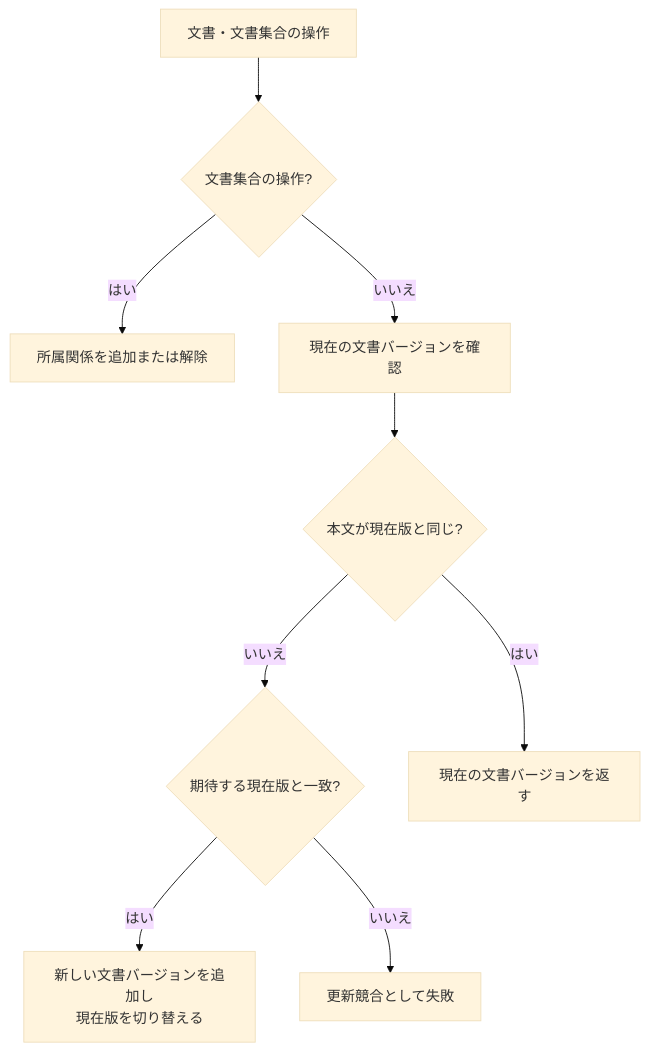
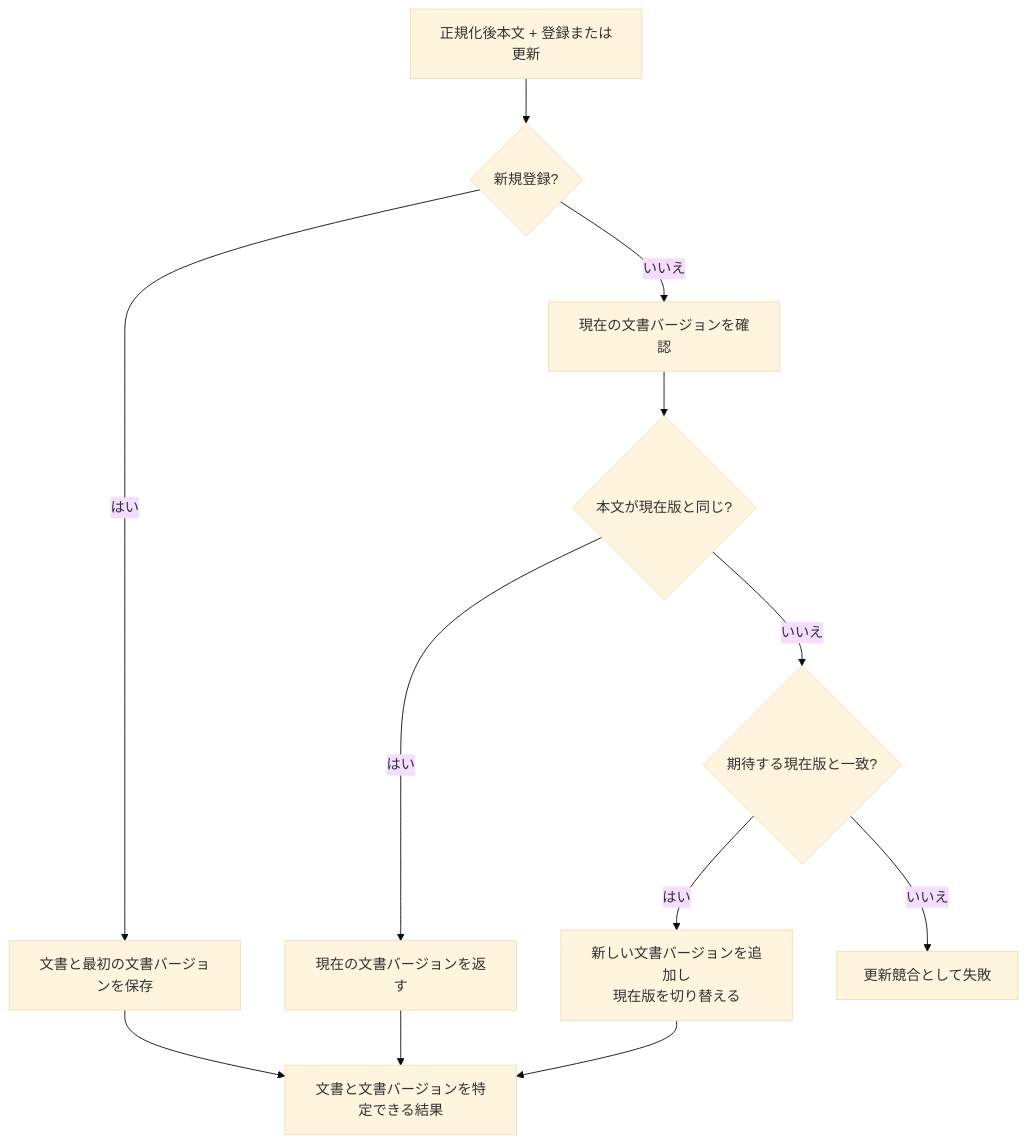
Before and after one commit to takashit16833/RAGScope: the diagram in project-docs/design/domains/documents/文書・文書バージョン管理設計.md, drawn with Mermaid (base theme). The commit also changed other lines of this file and 10 other files, not shown here.

````diff
--- a/project-docs/design/domains/documents/文書・文書バージョン管理設計.md
+++ b/project-docs/design/domains/documents/文書・文書バージョン管理設計.md
@@ -39,21 +38,21 @@
 ```mermaid
 flowchart TB
-    Input["文書・文書集合の操作"]
-    Collection{"文書集合の操作?"}
-    Membership["所属関係を追加または解除"]
-    Version["現在の文書バージョンを確認"]
+    Input["正規化後本文 + 登録または更新"]
+    New{"新規登録?"}
+    Create["文書と最初の文書バージョンを保存"]
+    Load["現在の文書バージョンを確認"]
     Same{"本文が現在版と同じ?"}
     Expected{"期待する現在版と一致?"}
     Reuse["現在の文書バージョンを返す"]
-    NewVersion["新しい文書バージョンを追加し<br>現在版を切り替える"]
+    Update["新しい文書バージョンを追加し<br>現在版を切り替える"]
     Conflict["更新競合として失敗"]
+    Result["文書と文書バージョンを特定できる結果"]
 
-    Input --> Collection
-    Collection -->|"はい"| Membership
-    Collection -->|"いいえ"| Version
-    Version --> Same
-    Same -->|"はい"| Reuse
+    Input --> New
+    New -->|"はい"| Create --> Result
+    New -->|"いいえ"| Load --> Same
+    Same -->|"はい"| Reuse --> Result
     Same -->|"いいえ"| Expected
-    Expected -->|"はい"| NewVersion
+    Expected -->|"はい"| Update --> Result
     Expected -->|"いいえ"| Conflict
 ```
````
